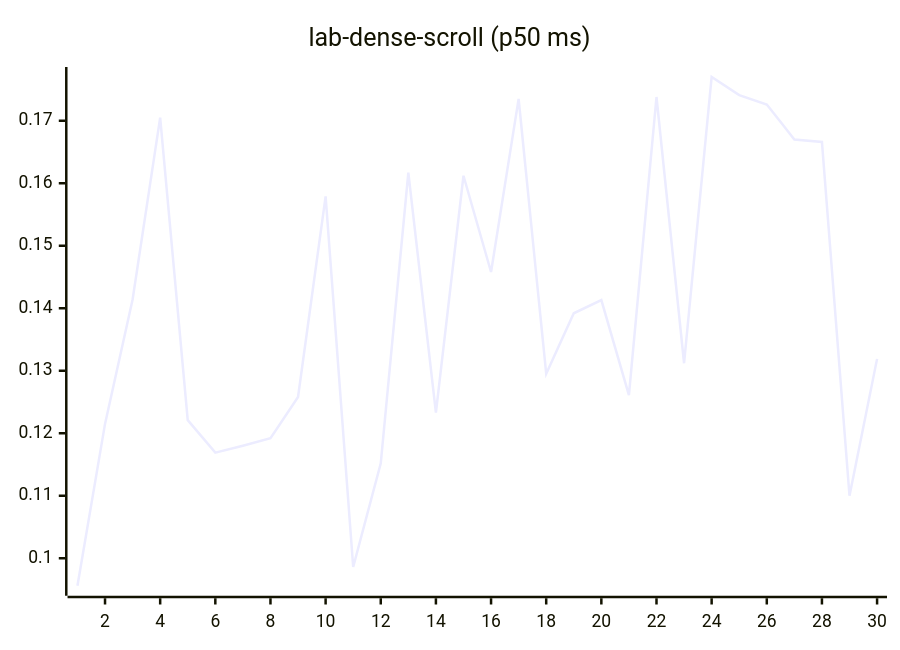
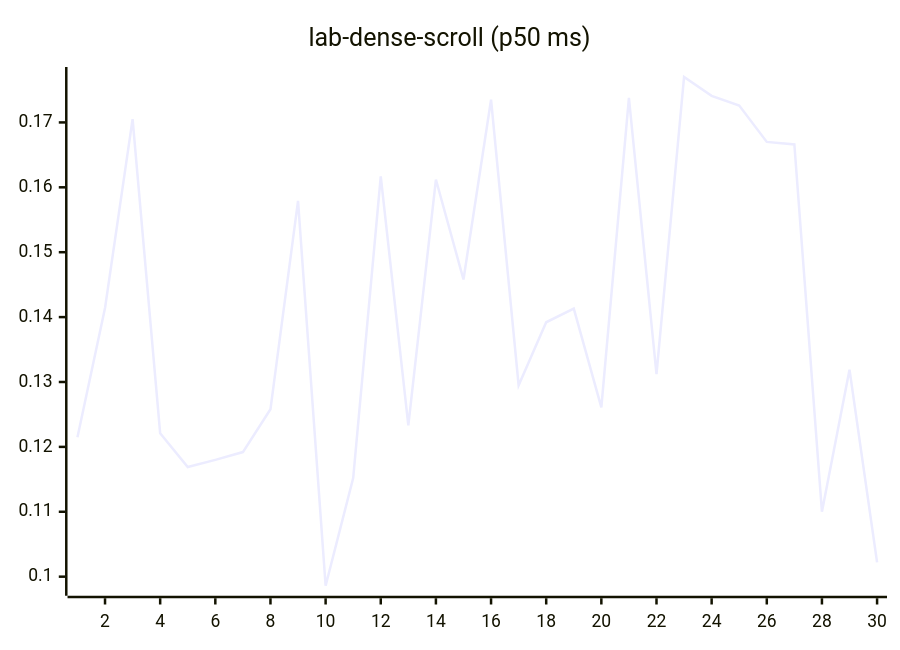
Diagram 12 of 27 in README.md (josha/Facet), drawn with Mermaid before and after one commit. The commit also changed other lines of this file and 2 other files, not shown here.

````diff
--- a/README.md
+++ b/README.md
@@ -140,6 +140,6 @@
 ```mermaid
 xychart-beta
     title "lab-dense-scroll (p50 ms)"
     x-axis 1 --> 30
-    line [0.0956, 0.1215, 0.1414, 0.1705, 0.1221, 0.1169, 0.1180, 0.1192, 0.1258, 0.1579, 0.0986, 0.1152, 0.1617, 0.1233, 0.1612, 0.1458, 0.1735, 0.1295, 0.1392, 0.1413, 0.1261, 0.1738, 0.1312, 0.1770, 0.1741, 0.1726, 0.1670, 0.1666, 0.1100, 0.1319]
+    line [0.1215, 0.1414, 0.1705, 0.1221, 0.1169, 0.1180, 0.1192, 0.1258, 0.1579, 0.0986, 0.1152, 0.1617, 0.1233, 0.1612, 0.1458, 0.1735, 0.1295, 0.1392, 0.1413, 0.1261, 0.1738, 0.1312, 0.1770, 0.1741, 0.1726, 0.1670, 0.1666, 0.1100, 0.1319, 0.1022]
 ```
````
